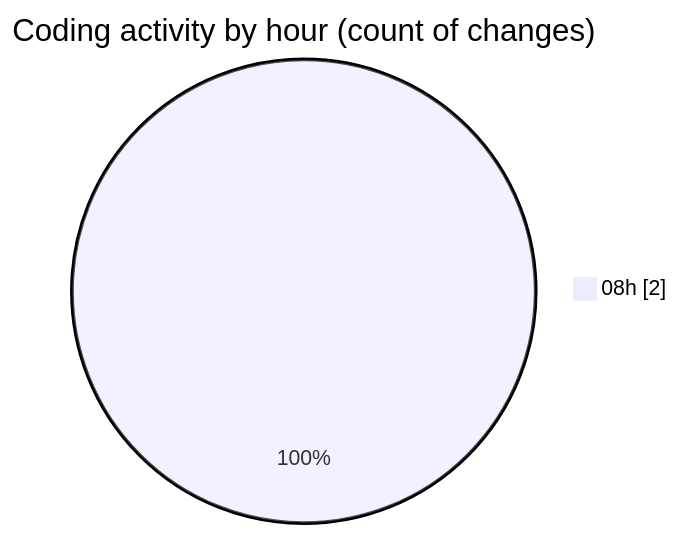
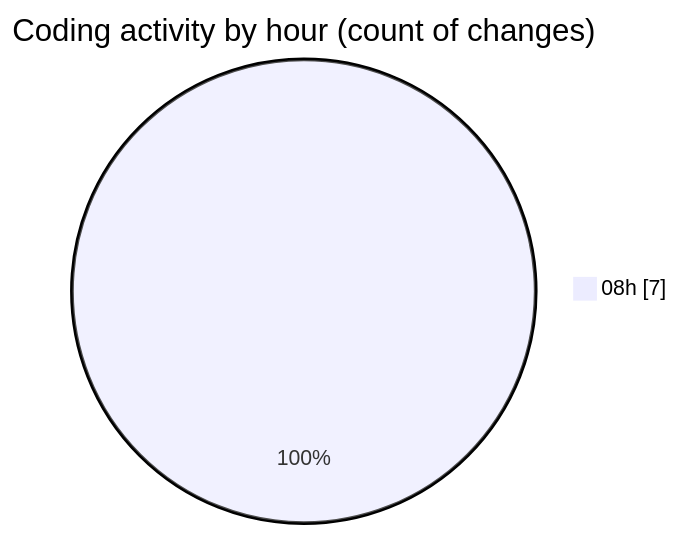
The second of 2 diagrams in 2025-03-17/lumine-web/README.md (robertbonfada/code-tracking), drawn with Mermaid before and after one commit. The commit also changed other lines of this file and 1 other file, not shown here.

````diff
--- a/2025-03-17/lumine-web/README.md
+++ b/2025-03-17/lumine-web/README.md
@@ -28,5 +30,5 @@
 ```mermaid
 pie showData
 title Coding activity by hour (count of changes)
-"08h" : 2
+"08h" : 7
 ```
````
